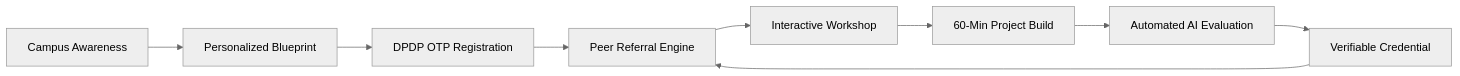
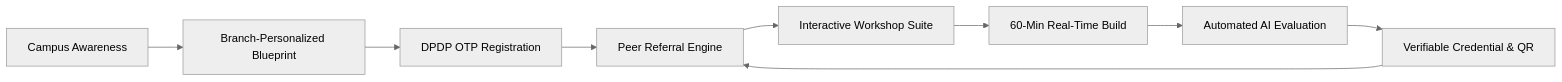
The first of 5 diagrams in Main.md (AyushDeshmukh18/WorkshopX), drawn with Mermaid (neutral theme) before and after one commit. The commit also changed other lines of this file and 13 other files, not shown here.

````diff
--- a/Main.md
+++ b/Main.md
@@ -20,11 +20,11 @@
 ```mermaid
 flowchart LR
-    A[Campus Awareness] --> B[Personalized Blueprint]
-    B --> C[DPDP OTP Registration]
-    C --> D[Peer Referral Engine]
-    D --> E[Interactive Workshop]
-    E --> F[60-Min Project Build]
-    F --> G[Automated AI Evaluation]
-    G --> H[Verifiable Credential]
+    A["Campus Awareness"] --> B["Branch-Personalized Blueprint"]
+    B --> C["DPDP OTP Registration"]
+    C --> D["Peer Referral Engine"]
+    D --> E["Interactive Workshop Suite"]
+    E --> F["60-Min Real-Time Build"]
+    F --> G["Automated AI Evaluation"]
+    G --> H["Verifiable Credential & QR"]
     H --> D
 ```
````
